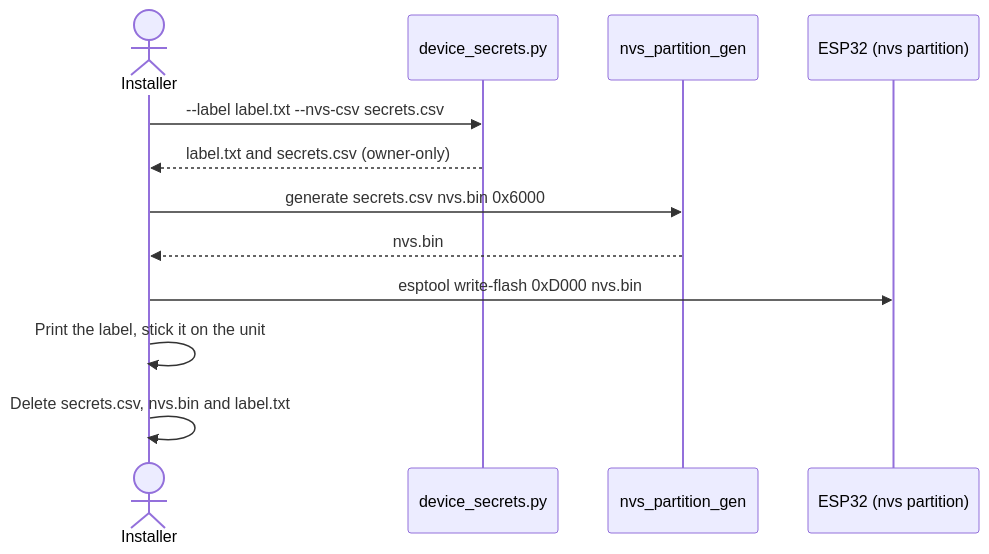
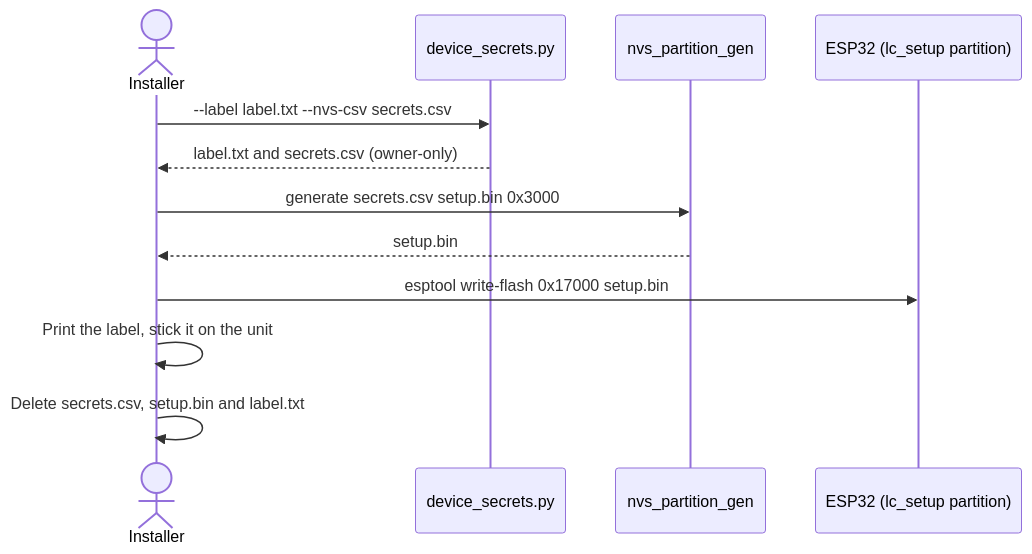
Before and after one commit to Open-Locker/Open-Locker: the second of 3 diagrams in website/src/content/docs/dokumentation/esp32/flashing.md, drawn with Mermaid. The commit also changed other lines of this file and 128 other files, not shown here.

````diff
--- a/website/src/content/docs/dokumentation/esp32/flashing.md
+++ b/website/src/content/docs/dokumentation/esp32/flashing.md
@@ -242,14 +242,14 @@
 ```mermaid
 sequenceDiagram
     actor Op as Installer
     participant DS as device_secrets.py
     participant Gen as nvs_partition_gen
-    participant Unit as ESP32 (nvs partition)
+    participant Unit as ESP32 (lc_setup partition)
     Op->>DS: --label label.txt --nvs-csv secrets.csv
     DS-->>Op: label.txt and secrets.csv (owner-only)
-    Op->>Gen: generate secrets.csv nvs.bin 0x6000
-    Gen-->>Op: nvs.bin
-    Op->>Unit: esptool write-flash 0xD000 nvs.bin
+    Op->>Gen: generate secrets.csv setup.bin 0x3000
+    Gen-->>Op: setup.bin
+    Op->>Unit: esptool write-flash 0x17000 setup.bin
     Op->>Op: Print the label, stick it on the unit
-    Op->>Op: Delete secrets.csv, nvs.bin and label.txt
+    Op->>Op: Delete secrets.csv, setup.bin and label.txt
 ```
````
